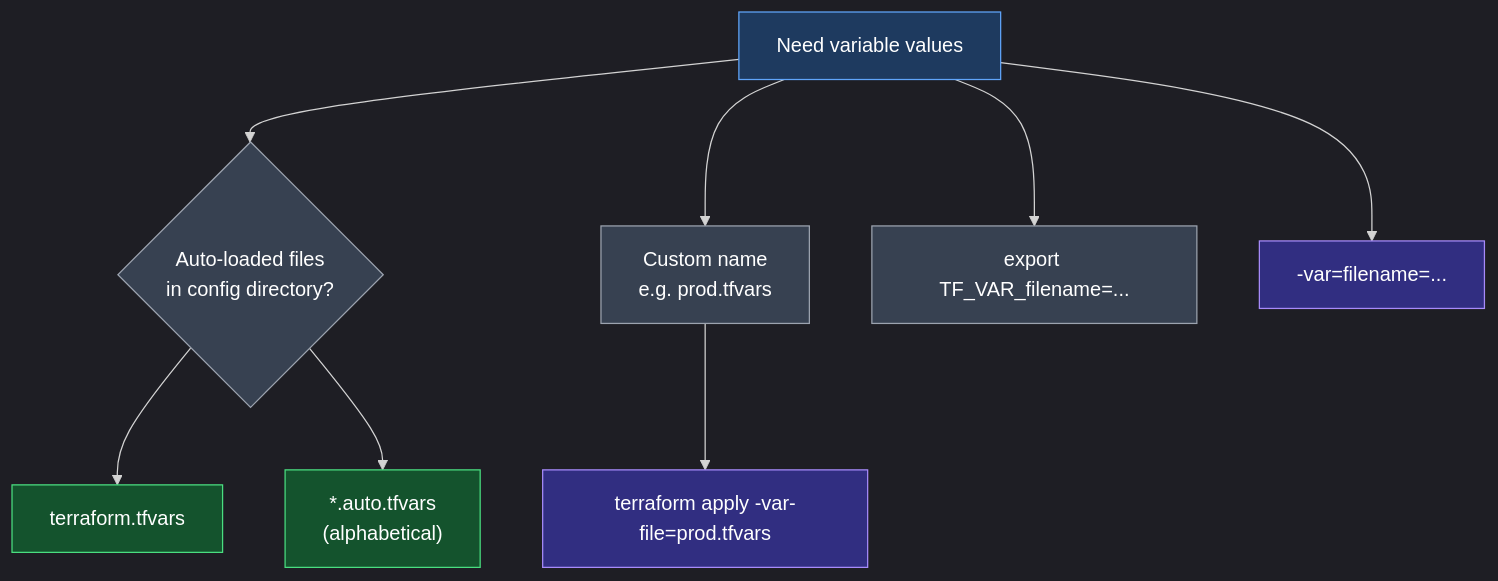
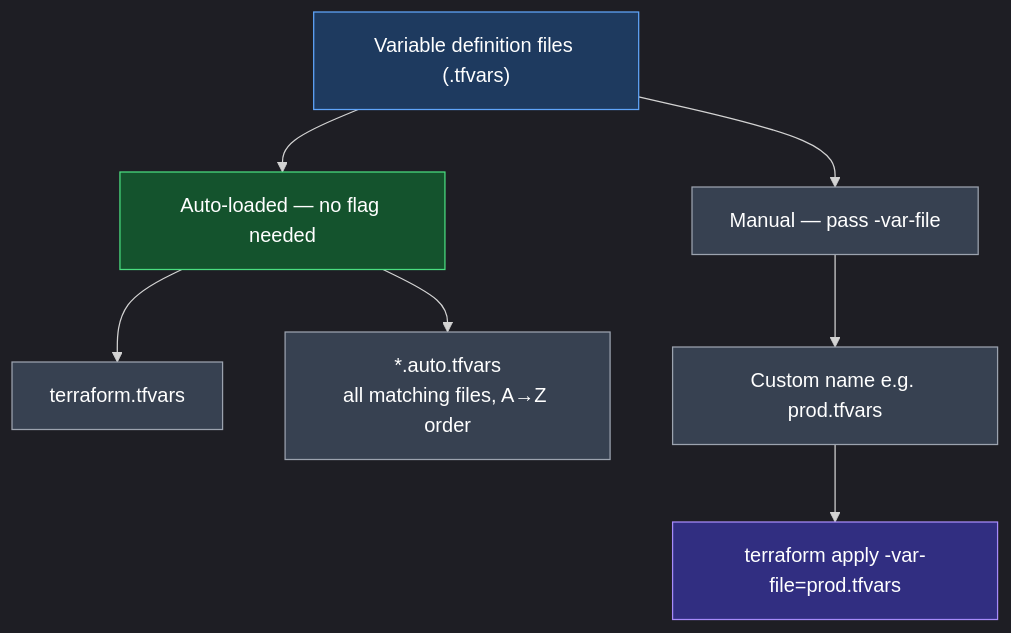
Before and after one commit to nirajp82/Terraform_Basics: the first of 2 diagrams in 04_Core_Terraform_Basics/06_Assigning_Variable_Values.md, drawn with Mermaid. The commit also changed other lines of this file, not shown here.

First line of the commit message:
Clarify variable assignment diagrams and precedence ladder.

````diff
--- a/04_Core_Terraform_Basics/06_Assigning_Variable_Values.md
+++ b/04_Core_Terraform_Basics/06_Assigning_Variable_Values.md
@@ -180,21 +184,21 @@
 ```mermaid
 %%{init: {'theme': 'dark', 'flowchart': {'htmlLabels': true}}}%%
 flowchart TD
-    START["Need variable values"]
-    START --> AUTO{"Auto-loaded files<br>in config directory?"}
-    AUTO --> TFVARS["terraform.tfvars"]
-    AUTO --> AUTOF["*.auto.tfvars<br>(alphabetical)"]
-    START --> CUSTOM["Custom name<br>e.g. prod.tfvars"]
-    CUSTOM --> VARFILE["terraform apply -var-file=prod.tfvars"]
-    START --> ENV["export TF_VAR_filename=..."]
-    START --> CLI["-var=filename=..."]
+    FILES["Variable definition files (.tfvars)"]
+    FILES --> AUTO["Auto-loaded — no flag needed"]
+    FILES --> MANUAL["Manual — pass -var-file"]
 
-    style START fill:#1e3a5f,stroke:#60a5fa,color:#ffffff
-    style AUTO fill:#374151,stroke:#9ca3af,color:#ffffff
-    style TFVARS fill:#14532d,stroke:#4ade80,color:#ffffff
-    style AUTOF fill:#14532d,stroke:#4ade80,color:#ffffff
-    style CUSTOM fill:#374151,stroke:#9ca3af,color:#ffffff
-    style VARFILE fill:#312e81,stroke:#a78bfa,color:#ffffff
-    style ENV fill:#374151,stroke:#9ca3af,color:#ffffff
-    style CLI fill:#312e81,stroke:#a78bfa,color:#ffffff
+    AUTO --> A1["terraform.tfvars"]
+    AUTO --> A2["*.auto.tfvars<br>all matching files, A→Z order"]
+
+    MANUAL --> M1["Custom name e.g. prod.tfvars"]
+    M1 --> CMD["terraform apply -var-file=prod.tfvars"]
+
+    style FILES fill:#1e3a5f,stroke:#60a5fa,color:#ffffff
+    style AUTO fill:#14532d,stroke:#4ade80,color:#ffffff
+    style MANUAL fill:#374151,stroke:#9ca3af,color:#ffffff
+    style A1 fill:#374151,stroke:#9ca3af,color:#ffffff
+    style A2 fill:#374151,stroke:#9ca3af,color:#ffffff
+    style M1 fill:#374151,stroke:#9ca3af,color:#ffffff
+    style CMD fill:#312e81,stroke:#a78bfa,color:#ffffff
 ```
````
